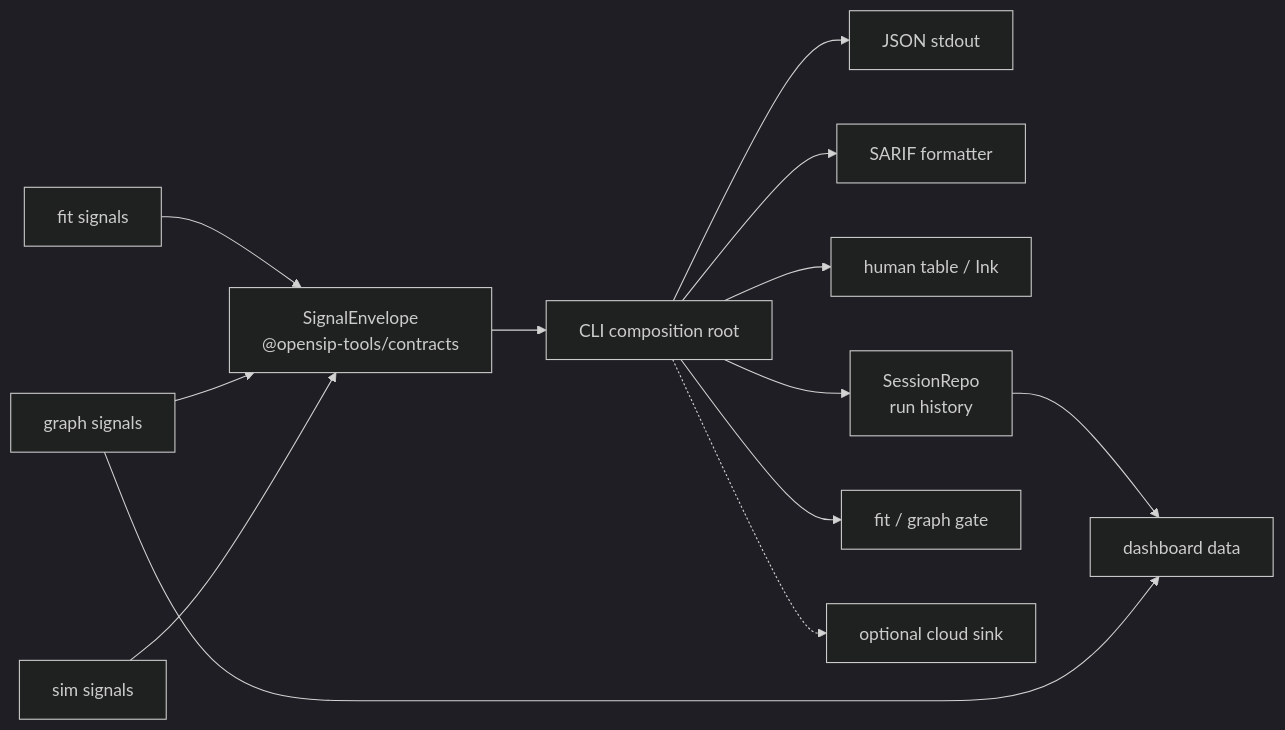
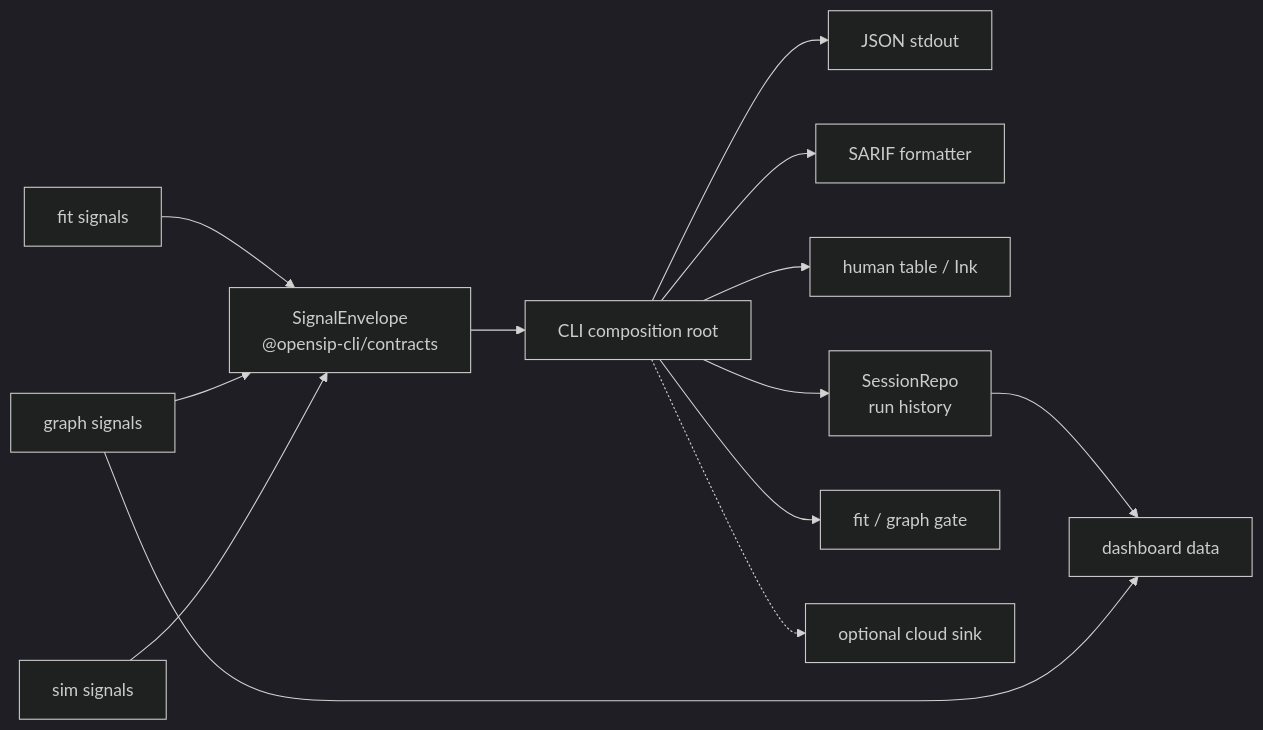
Before and after one commit to opensip-ai/opensip-cli: the diagram in docs/public/10-concepts/04-contract-surfaces.md, drawn with Mermaid (dark theme). The commit also changed other lines of this file and 1326 other files, not shown here.

````diff
--- a/docs/public/10-concepts/04-contract-surfaces.md
+++ b/docs/public/10-concepts/04-contract-surfaces.md
@@ -116,28 +116,28 @@
 ```mermaid
 flowchart LR
   Fit["fit signals"]
   Graph["graph signals"]
   Sim["sim signals"]
-  Envelope["SignalEnvelope<br/>@opensip-tools/contracts"]
+  Envelope["SignalEnvelope<br/>@opensip-cli/contracts"]
   Root["CLI composition root"]
   Json["JSON stdout"]
   Sarif["SARIF formatter"]
   Table["human table / Ink"]
   Session["SessionRepo<br/>run history"]
   Gate["fit / graph gate"]
   Cloud["optional cloud sink"]
   Dashboard["dashboard data"]
 
   Fit --> Envelope
   Graph --> Envelope
   Sim --> Envelope
   Envelope --> Root
   Root --> Json
   Root --> Sarif
   Root --> Table
   Root --> Session
   Root --> Gate
   Root -.-> Cloud
   Session --> Dashboard
   Graph --> Dashboard
 ```
````
